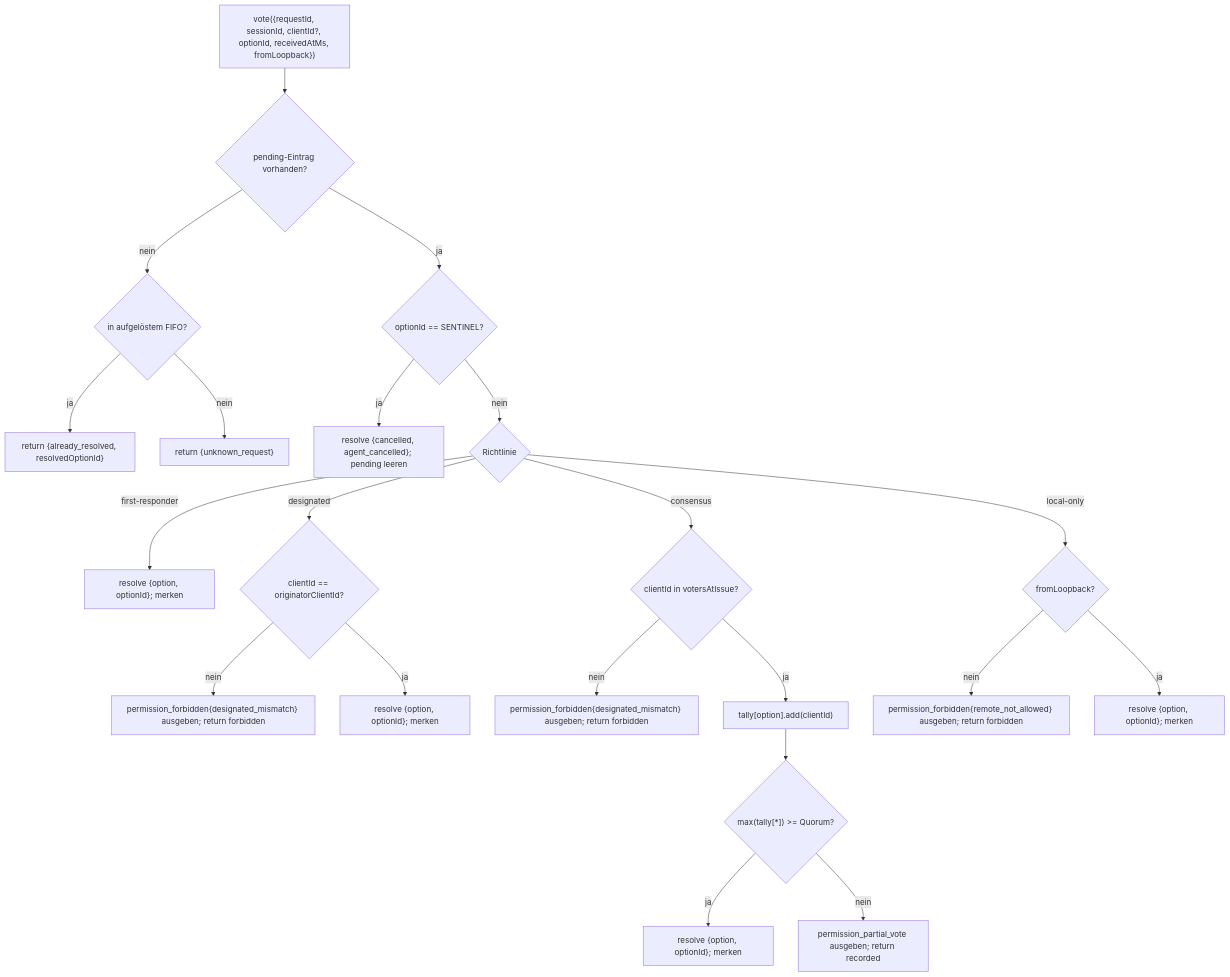
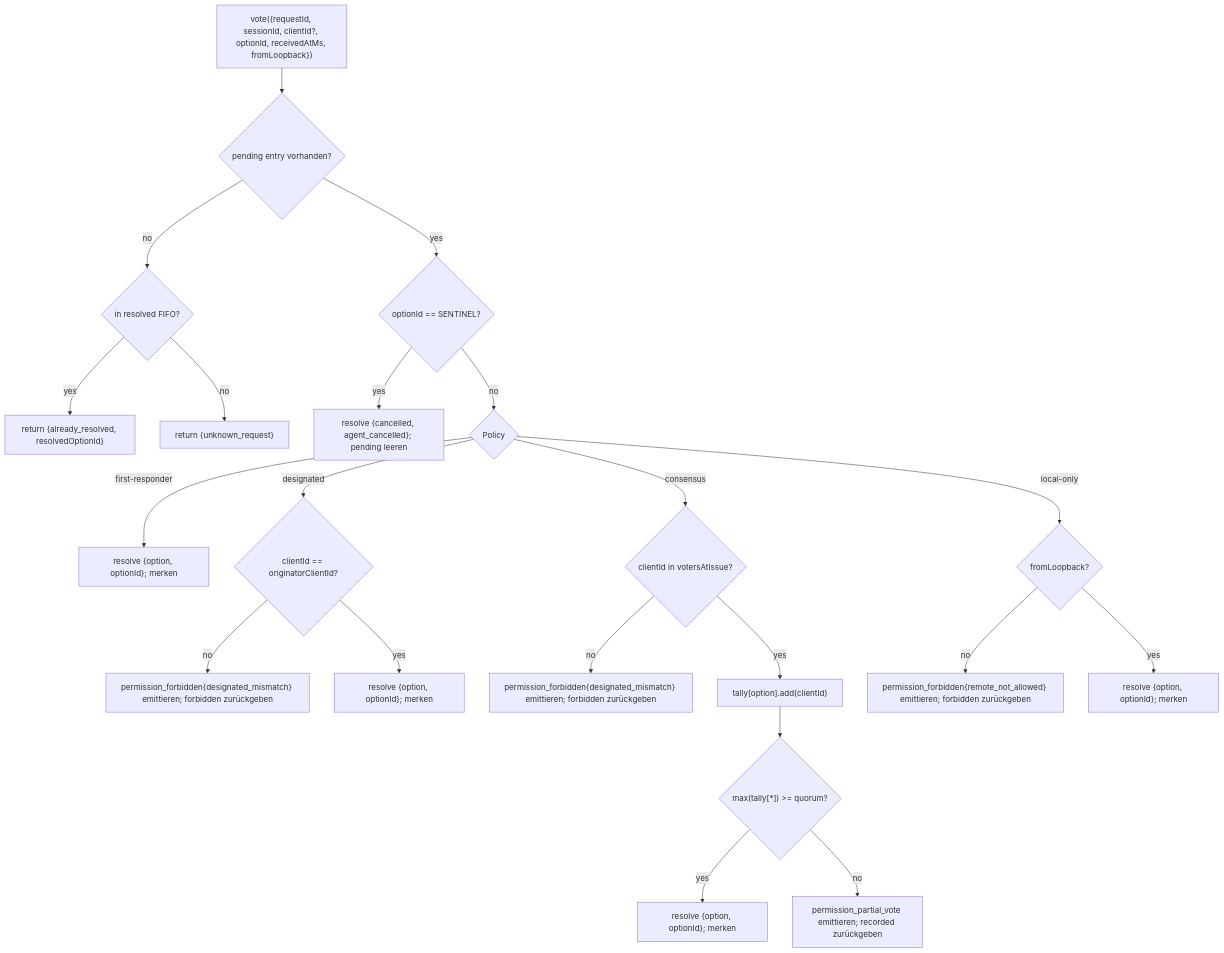
The second of 2 diagrams in website/content/de/developers/daemon/04-permission-mediation.md (QwenLM/qwen-code-docs), drawn with Mermaid before and after one commit. The commit also changed other lines of this file and 162 other files, not shown here.

````diff
--- a/website/content/de/developers/daemon/04-permission-mediation.md
+++ b/website/content/de/developers/daemon/04-permission-mediation.md
@@ -121,23 +121,23 @@
 ```mermaid
 flowchart TD
-    V["vote({requestId, sessionId, clientId?, optionId, receivedAtMs, fromLoopback})"] --> E{"pending-Eintrag vorhanden?"}
-    E -->|nein| RD{"in aufgelöstem FIFO?"}
-    RD -->|ja| AR["return {already_resolved, resolvedOptionId}"]
-    RD -->|nein| UR["return {unknown_request}"]
-    E -->|ja| SENT{"optionId == SENTINEL?"}
-    SENT -->|ja| CX["resolve {cancelled, agent_cancelled}; pending leeren"]
-    SENT -->|nein| POL{"Richtlinie"}
+    V["vote({requestId, sessionId, clientId?, optionId, receivedAtMs, fromLoopback})"] --> E{"pending entry vorhanden?"}
+    E -->|no| RD{"in resolved FIFO?"}
+    RD -->|yes| AR["return {already_resolved, resolvedOptionId}"]
+    RD -->|no| UR["return {unknown_request}"]
+    E -->|yes| SENT{"optionId == SENTINEL?"}
+    SENT -->|yes| CX["resolve {cancelled, agent_cancelled}; pending leeren"]
+    SENT -->|no| POL{"Policy"}
     POL -->|first-responder| FR["resolve {option, optionId}; merken"]
     POL -->|designated| DG{"clientId == originatorClientId?"}
-    DG -->|nein| FOR["permission_forbidden{designated_mismatch} ausgeben; return forbidden"]
-    DG -->|ja| FRR["resolve {option, optionId}; merken"]
+    DG -->|no| FOR["permission_forbidden{designated_mismatch} emittieren; forbidden zurückgeben"]
+    DG -->|yes| FRR["resolve {option, optionId}; merken"]
     POL -->|consensus| CN{"clientId in votersAtIssue?"}
-    CN -->|nein| FORC["permission_forbidden{designated_mismatch} ausgeben; return forbidden"]
-    CN -->|ja| TAL["tally[option].add(clientId)"]
-    TAL --> Q{"max(tally[*]) >= Quorum?"}
-    Q -->|ja| RES["resolve {option, optionId}; merken"]
-    Q -->|nein| PV["permission_partial_vote ausgeben; return recorded"]
+    CN -->|no| FORC["permission_forbidden{designated_mismatch} emittieren; forbidden zurückgeben"]
+    CN -->|yes| TAL["tally[option].add(clientId)"]
+    TAL --> Q{"max(tally[*]) >= quorum?"}
+    Q -->|yes| RES["resolve {option, optionId}; merken"]
+    Q -->|no| PV["permission_partial_vote emittieren; recorded zurückgeben"]
     POL -->|local-only| LO{"fromLoopback?"}
-    LO -->|nein| FORL["permission_forbidden{remote_not_allowed} ausgeben; return forbidden"]
-    LO -->|ja| RESL["resolve {option, optionId}; merken"]
+    LO -->|no| FORL["permission_forbidden{remote_not_allowed} emittieren; forbidden zurückgeben"]
+    LO -->|yes| RESL["resolve {option, optionId}; merken"]
 ```
````
